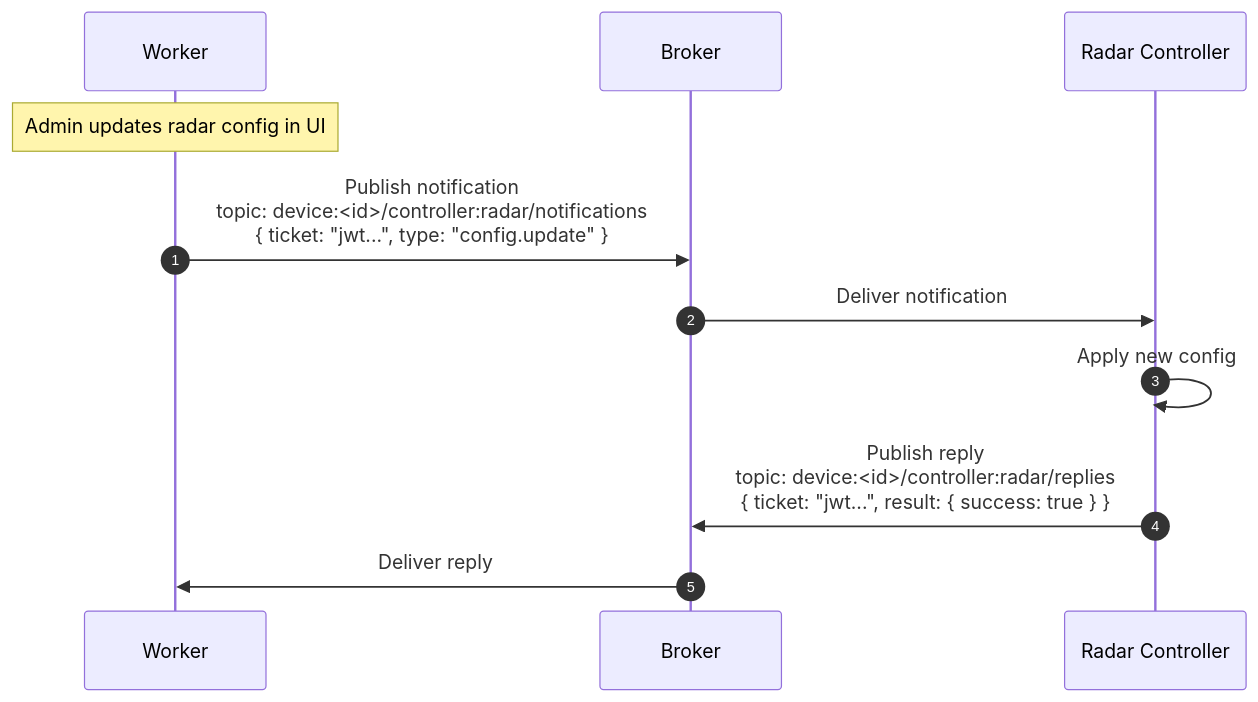
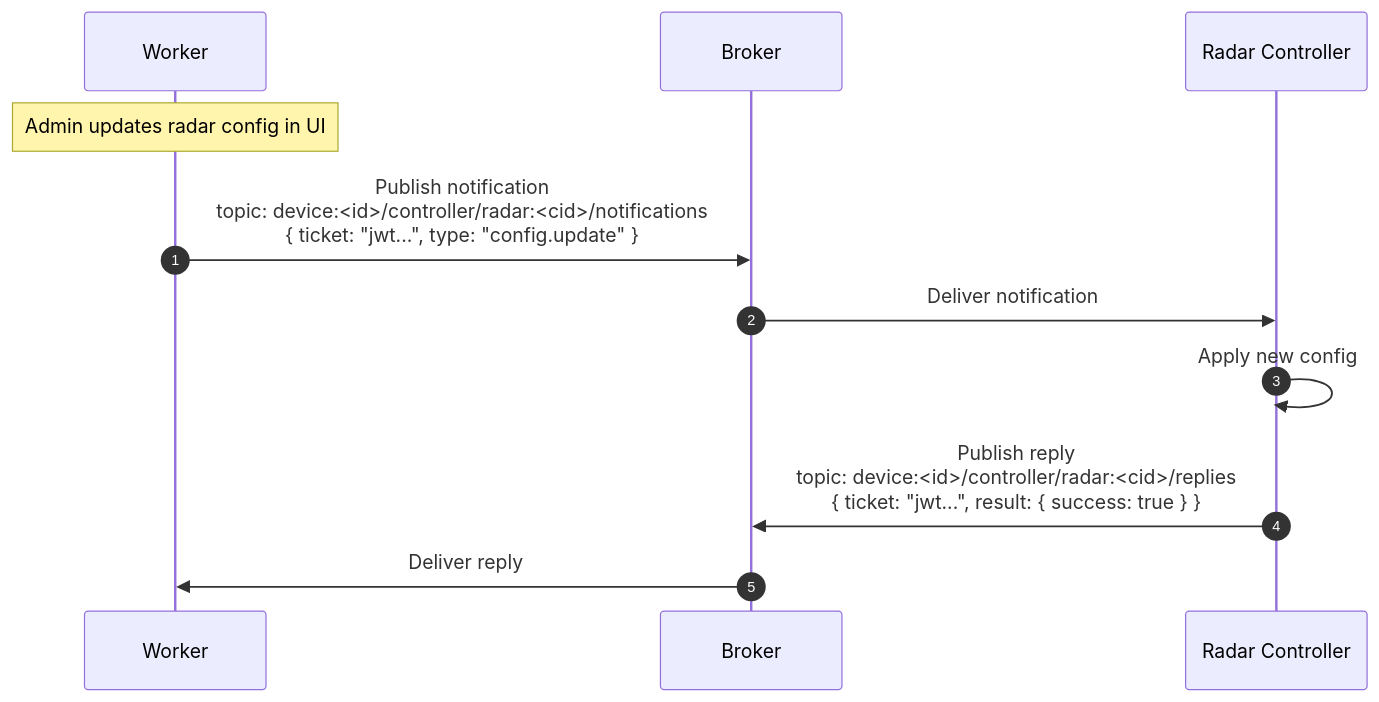
One commit to Tis1201/data_fs04 changed the third of 5 diagrams in docs/architecture/device/mqtt/controllers/CONTROLLER.md. Above: the diagram before and after it, drawn with Mermaid. The commit also changed other lines of this file and 8 other files, not shown here.

````diff
--- a/docs/architecture/device/mqtt/controllers/CONTROLLER.md
+++ b/docs/architecture/device/mqtt/controllers/CONTROLLER.md
@@ -207,14 +206,14 @@
 ```mermaid
 sequenceDiagram
     autonumber
     participant W as Worker
     participant B as Broker
     participant C as Radar Controller
 
     Note over W: Admin updates radar config in UI
-    W->>B: Publish notification<br/>topic: device:<id>/controller:radar/notifications<br/>{ ticket: "jwt...", type: "config.update" }
+    W->>B: Publish notification<br/>topic: device:<id>/controller/radar:<cid>/notifications<br/>{ ticket: "jwt...", type: "config.update" }
     B->>C: Deliver notification
     C->>C: Apply new config
-    C->>B: Publish reply<br/>topic: device:<id>/controller:radar/replies<br/>{ ticket: "jwt...", result: { success: true } }
+    C->>B: Publish reply<br/>topic: device:<id>/controller/radar:<cid>/replies<br/>{ ticket: "jwt...", result: { success: true } }
     B->>W: Deliver reply
 ```
````
